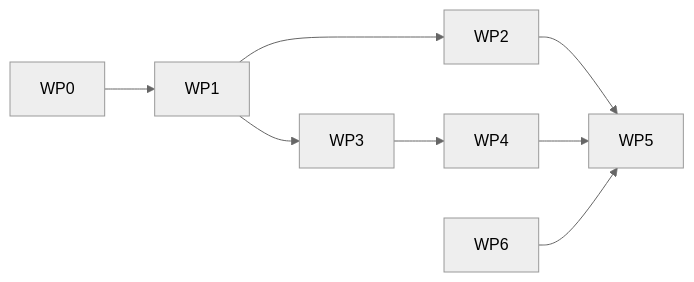
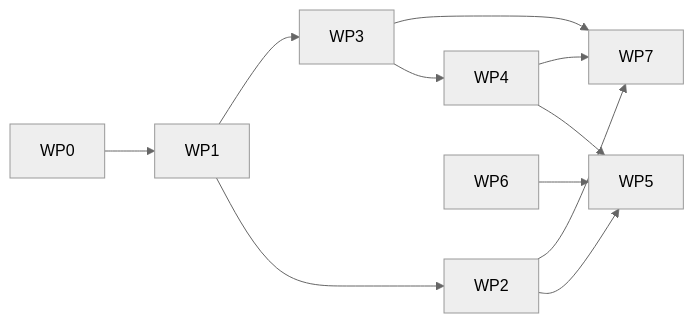
The diagram in docs/PLAN.md (eudi-verify/eudi-verify), drawn with Mermaid (neutral theme) before and after one commit. The commit also changed other lines of this file and 21 other files, not shown here.

````diff
--- a/docs/PLAN.md
+++ b/docs/PLAN.md
@@ -63,10 +69,13 @@
 ```mermaid
 flowchart LR
   WP0 --> WP1
   WP1 --> WP2
   WP1 --> WP3
   WP2 --> WP5
   WP3 --> WP4
   WP4 --> WP5
   WP6 --> WP5
+  WP2 --> WP7
+  WP3 --> WP7
+  WP4 --> WP7
 ```
````
